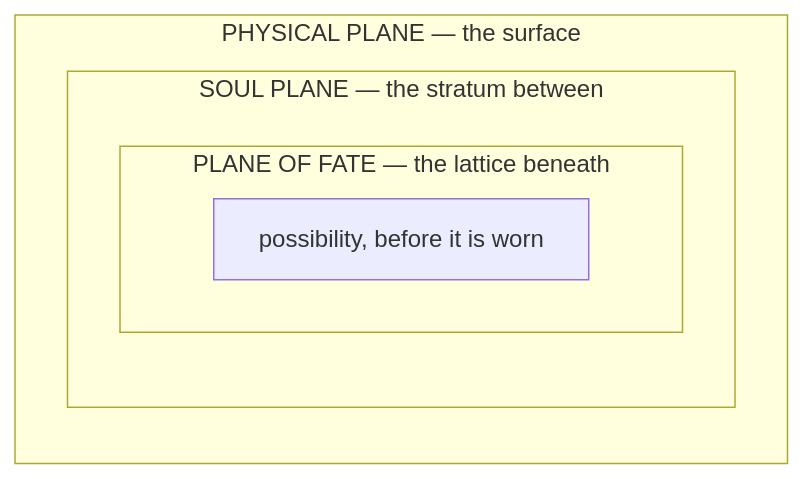
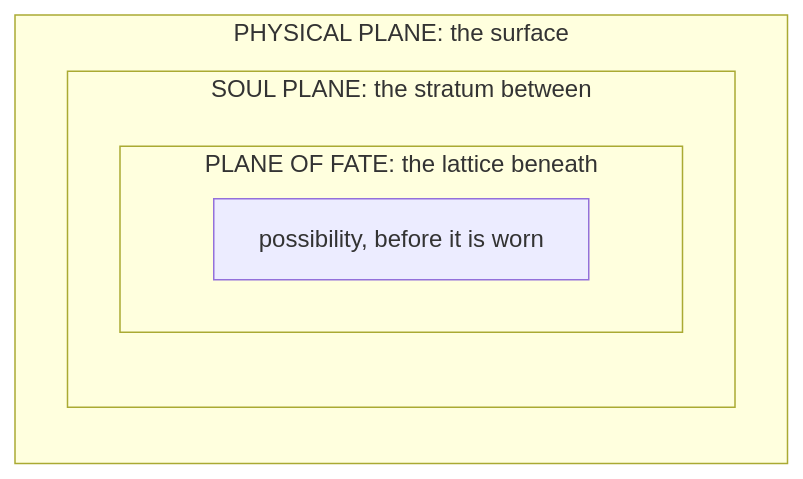
One commit to vispotvision/wotr-rule-index changed the diagram in wiki/Cosmology & Metaphysics/The Making of the World/Omnara and the Division.md. Above: the diagram before and after it, drawn with Mermaid. The commit also changed other lines of this file and 160 other files, not shown here.

````diff
--- a/wiki/Cosmology & Metaphysics/The Making of the World/Omnara and the Division.md
+++ b/wiki/Cosmology & Metaphysics/The Making of the World/Omnara and the Division.md
@@ -42,12 +50,12 @@
 ```mermaid
 flowchart LR
-    subgraph PP["PHYSICAL PLANE — the surface"]
+    subgraph PP["PHYSICAL PLANE: the surface"]
         direction TB
-        subgraph SP["SOUL PLANE — the stratum between"]
+        subgraph SP["SOUL PLANE: the stratum between"]
             direction TB
-            subgraph PF["PLANE OF FATE — the lattice beneath"]
+            subgraph PF["PLANE OF FATE: the lattice beneath"]
                 X["possibility, before it is worn"]
             end
         end
     end
 ```
````
